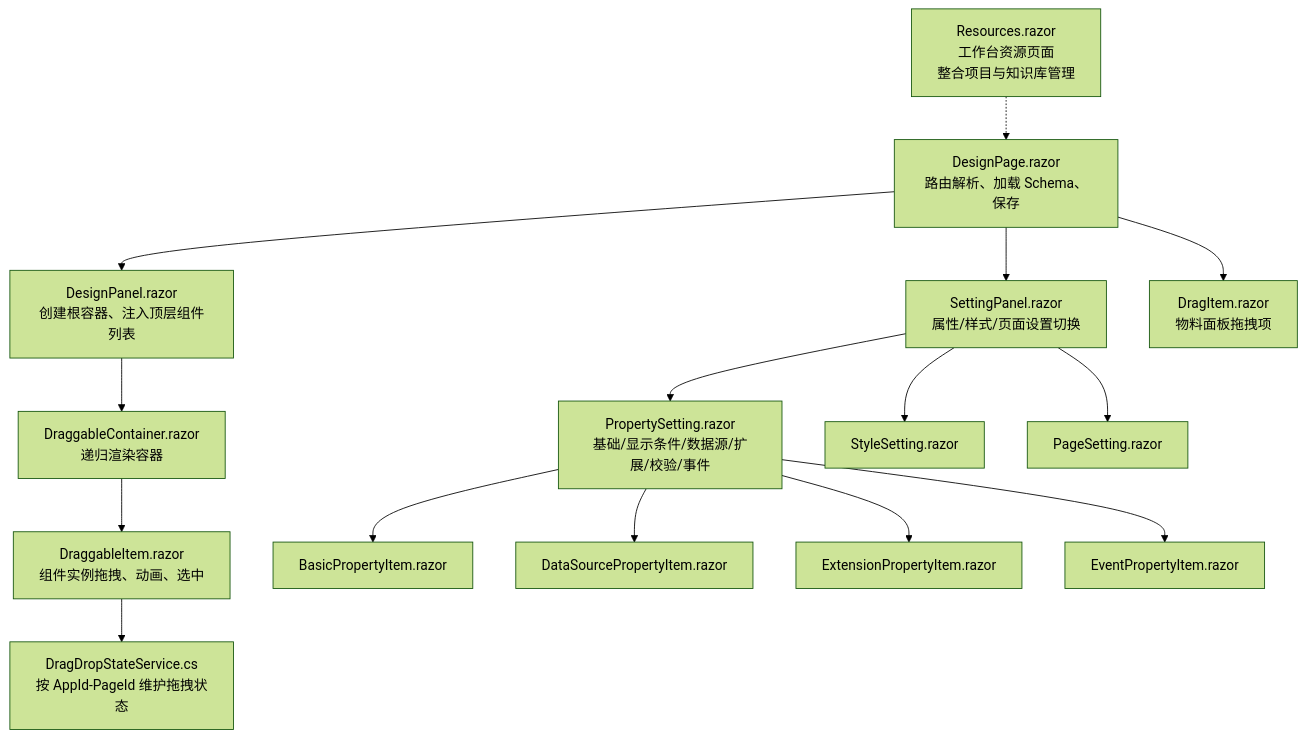
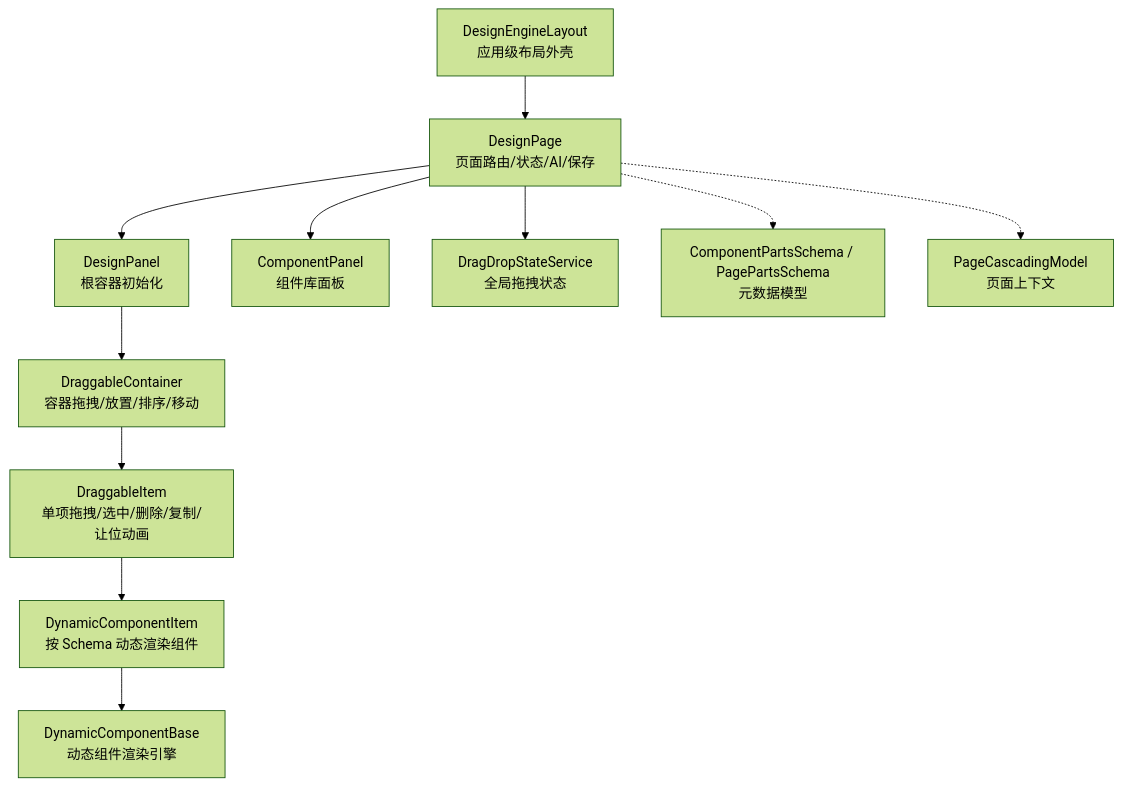
Before and after one commit to openlowcodelab/lowcode: the first of 5 diagrams in .qoder/repowiki/zh/content/低代码平台/设计引擎/页面设计器.md, drawn with Mermaid (forest theme). The commit also changed other lines of this file and 223 other files, not shown here.

````diff
--- a/.qoder/repowiki/zh/content/低代码平台/设计引擎/页面设计器.md
+++ b/.qoder/repowiki/zh/content/低代码平台/设计引擎/页面设计器.md
@@ -60,17 +51,13 @@
 ```mermaid
 graph TB
-    DesignPage["DesignPage.razor<br/>路由解析、加载 Schema、保存"] --> DesignPanel["DesignPanel.razor<br/>创建根容器、注入顶层组件列表"]
-    DesignPage --> SettingPanel["SettingPanel.razor<br/>属性/样式/页面设置切换"]
-    DesignPanel --> DraggableContainer["DraggableContainer.razor<br/>递归渲染容器"]
-    DraggableContainer --> DraggableItem["DraggableItem.razor<br/>组件实例拖拽、动画、选中"]
-    DesignPage --> DragItem["DragItem.razor<br/>物料面板拖拽项"]
-    DraggableItem --> StateService["DragDropStateService.cs<br/>按 AppId-PageId 维护拖拽状态"]
-    SettingPanel --> PropertySetting["PropertySetting.razor<br/>基础/显示条件/数据源/扩展/校验/事件"]
-    PropertySetting --> BasicPropertyItem["BasicPropertyItem.razor"]
-    PropertySetting --> DataSourcePropertyItem["DataSourcePropertyItem.razor"]
-    PropertySetting --> ExtensionPropertyItem["ExtensionPropertyItem.razor"]
-    PropertySetting --> EventPropertyItem["EventPropertyItem.razor"]
-    SettingPanel --> StyleSetting["StyleSetting.razor"]
-    SettingPanel --> PageSetting["PageSetting.razor"]
-    Resources["Resources.razor<br/>工作台资源页面<br/>整合项目与知识库管理"] -.-> DesignPage
+    A["DesignEngineLayout<br/>应用级布局外壳"] --> B["DesignPage<br/>页面路由/状态/AI/保存"]
+    B --> C["DesignPanel<br/>根容器初始化"]
+    C --> D["DraggableContainer<br/>容器拖拽/放置/排序/移动"]
+    D --> E["DraggableItem<br/>单项拖拽/选中/删除/复制/让位动画"]
+    E --> F["DynamicComponentItem<br/>按 Schema 动态渲染组件"]
+    F --> G["DynamicComponentBase<br/>动态组件渲染引擎"]
+    B --> H["ComponentPanel<br/>组件库面板"]
+    B --> I["DragDropStateService<br/>全局拖拽状态"]
+    B -.-> J["ComponentPartsSchema / PagePartsSchema<br/>元数据模型"]
+    B -.-> K["PageCascadingModel<br/>页面上下文"]
 ```
````
